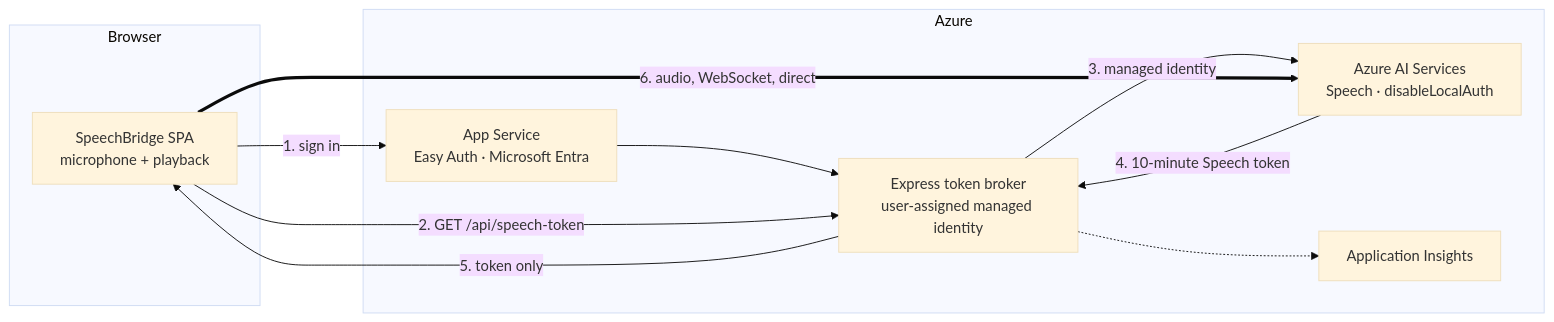
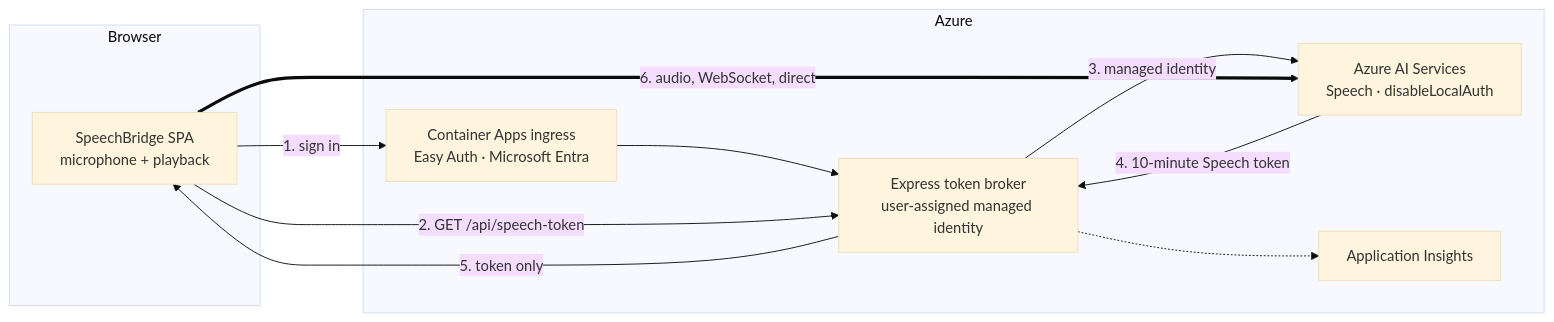
Before and after one commit to naveenneog/speechbridge: the diagram in README.md, drawn with Mermaid (base theme). The commit also changed other lines of this file and 11 other files, not shown here.

First line of the commit message:
fix(accelerator): host on Container Apps after App Service proved undeployable

````diff
--- a/README.md
+++ b/README.md
@@ -74,21 +74,21 @@
 ```mermaid
 flowchart LR
     subgraph Browser
         UI[SpeechBridge SPA<br/>microphone + playback]
     end
     subgraph Azure
-        EA[App Service<br/>Easy Auth · Microsoft Entra]
+        EA[Container Apps ingress<br/>Easy Auth · Microsoft Entra]
         APP[Express token broker<br/>user-assigned managed identity]
         AI[Azure AI Services<br/>Speech · disableLocalAuth]
         MON[Application Insights]
     end
 
     UI -- "1. sign in" --> EA
     EA --> APP
     UI -- "2. GET /api/speech-token" --> APP
     APP -- "3. managed identity" --> AI
     AI -- "4. 10-minute Speech token" --> APP
     APP -- "5. token only" --> UI
     UI == "6. audio, WebSocket, direct" ==> AI
     APP -.-> MON
 ```
````
